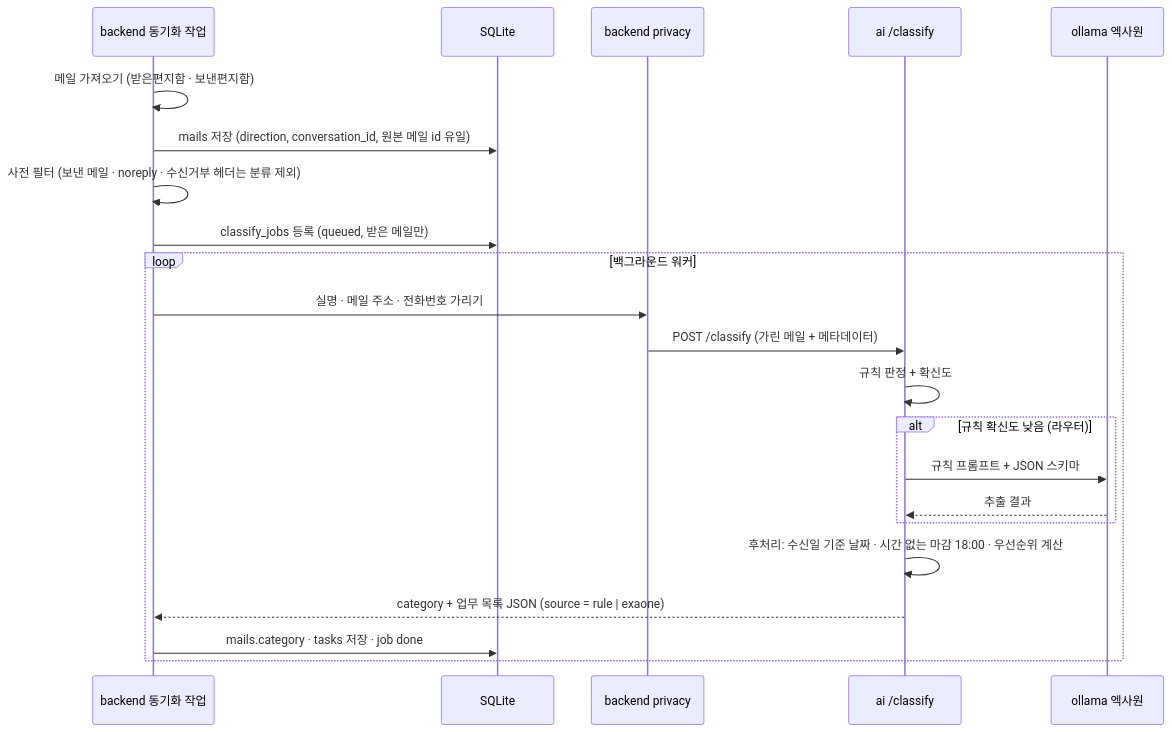
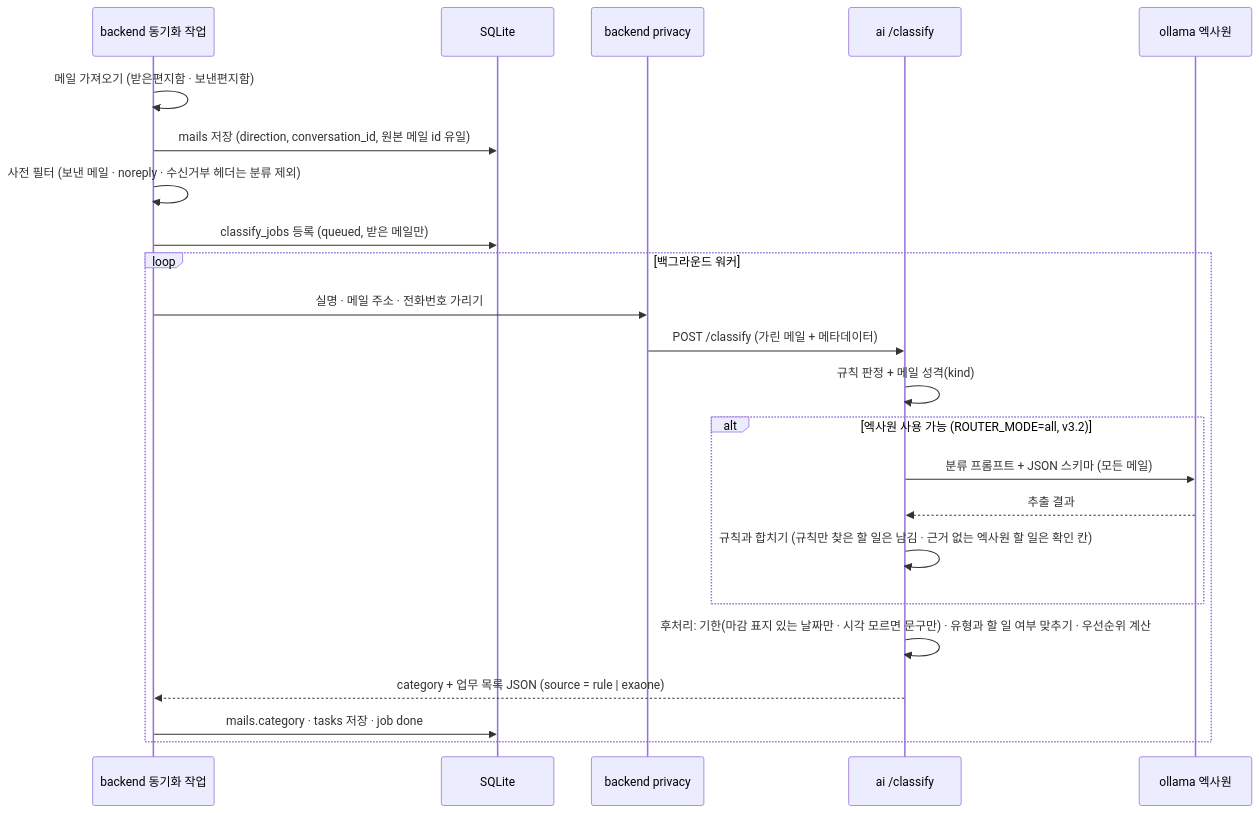
Before and after one commit to dlwodns/Teamproject_6: the third of 5 diagrams in docs/00_common/architecture.md, drawn with Mermaid. The commit also changed other lines of this file and 6 other files, not shown here.

Commit message:
docs: AI-18 구조도 v3.2 · AI 결정 AI-D10~D12 · AI-T10 — 모든 메일 엑사원 + 규칙 보완, 기한 구분(due_raw만 · ASAP), 확인 칸, 처리 시간 28초 · 대기열 · 2단계 표시 제안, test · test3 개발 세트 전환과 봉인 테스트 A · B, D14 변경 표시, AI README · detail · plan 최신화

````diff
--- a/docs/00_common/architecture.md
+++ b/docs/00_common/architecture.md
@@ -149,24 +159,25 @@
 ```mermaid
 sequenceDiagram
   participant S as backend 동기화 작업
   participant DB as SQLite
   participant P as backend privacy
   participant AI as ai /classify
   participant L as ollama 엑사원
   S->>S: 메일 가져오기 (받은편지함 · 보낸편지함)
   S->>DB: mails 저장 (direction, conversation_id, 원본 메일 id 유일)
   S->>S: 사전 필터 (보낸 메일 · noreply · 수신거부 헤더는 분류 제외)
   S->>DB: classify_jobs 등록 (queued, 받은 메일만)
   loop 백그라운드 워커
     S->>P: 실명 · 메일 주소 · 전화번호 가리기
     P->>AI: POST /classify (가린 메일 + 메타데이터)
-    AI->>AI: 규칙 판정 + 확신도
-    alt 규칙 확신도 낮음 (라우터)
-      AI->>L: 규칙 프롬프트 + JSON 스키마
+    AI->>AI: 규칙 판정 + 메일 성격(kind)
+    alt 엑사원 사용 가능 (ROUTER_MODE=all, v3.2)
+      AI->>L: 분류 프롬프트 + JSON 스키마 (모든 메일)
       L-->>AI: 추출 결과
+      AI->>AI: 규칙과 합치기 (규칙만 찾은 할 일은 남김 · 근거 없는 엑사원 할 일은 확인 칸)
     end
-    AI->>AI: 후처리: 수신일 기준 날짜 · 시간 없는 마감 18:00 · 우선순위 계산
+    AI->>AI: 후처리: 기한(마감 표지 있는 날짜만 · 시각 모르면 문구만) · 유형과 할 일 여부 맞추기 · 우선순위 계산
     AI-->>S: category + 업무 목록 JSON (source = rule | exaone)
     S->>DB: mails.category · tasks 저장 · job done
   end
 ```
````
